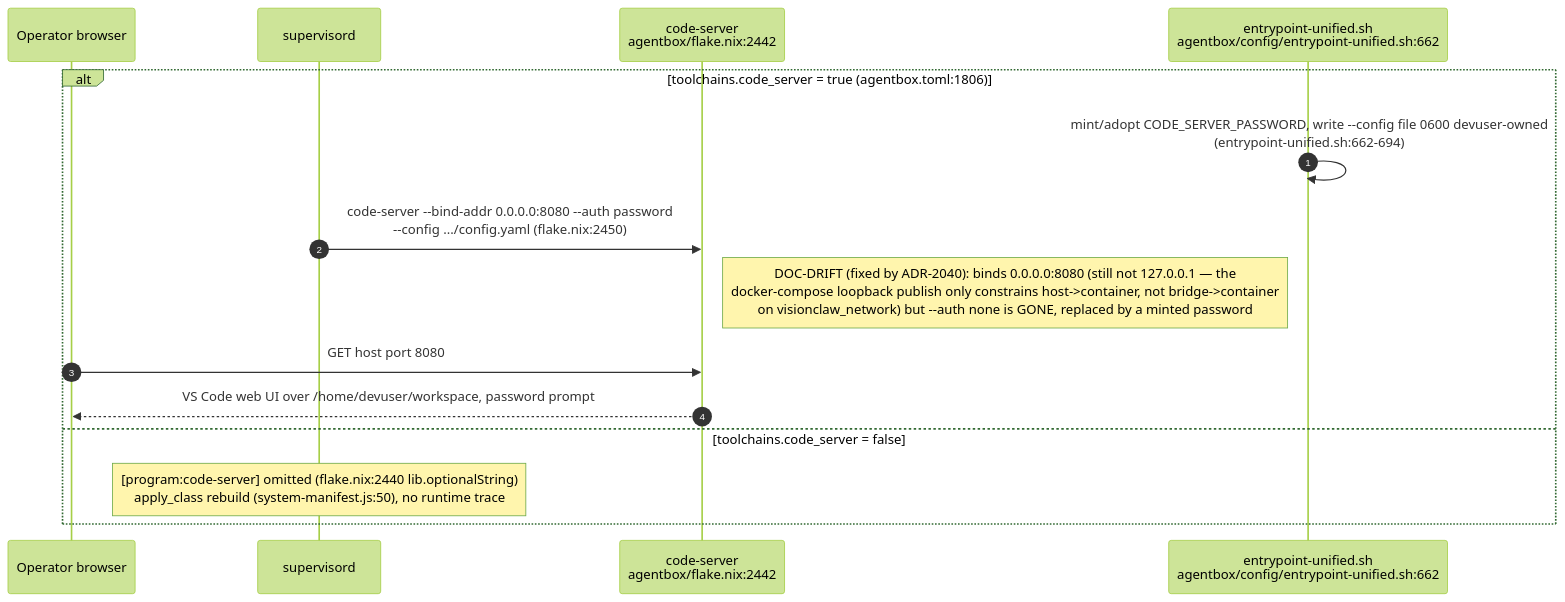
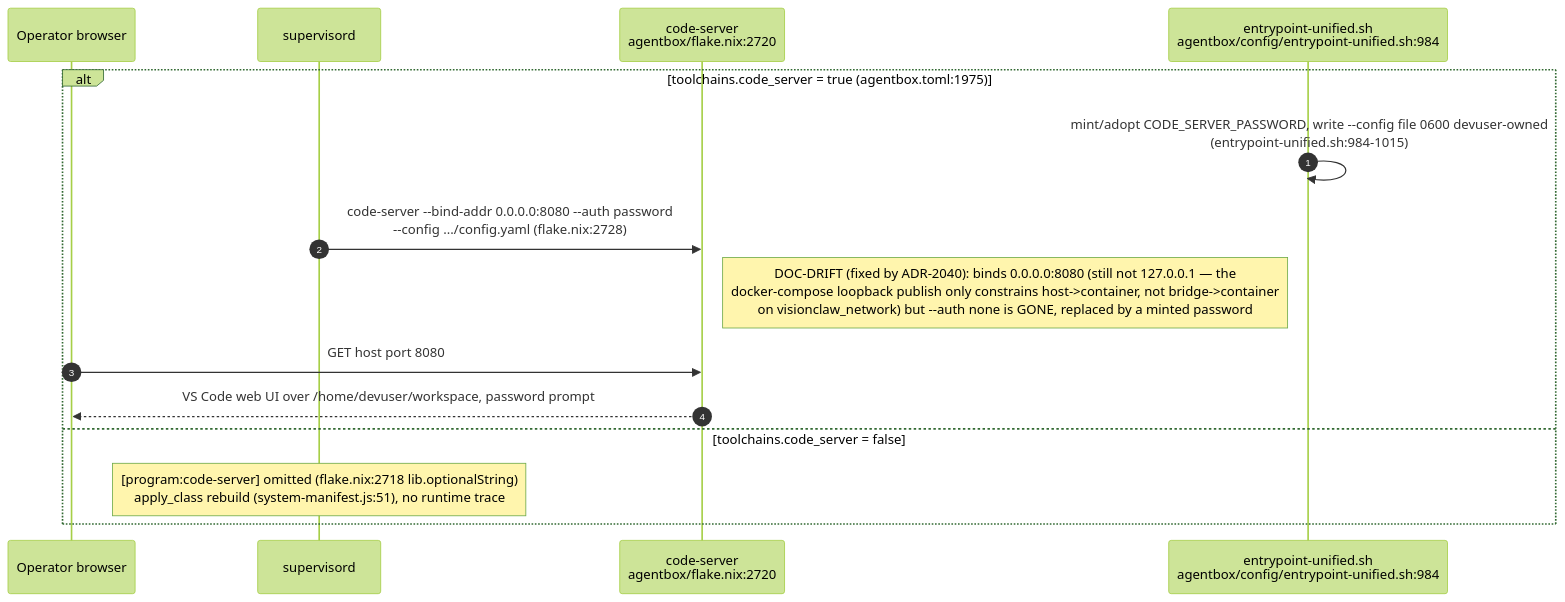
The sixth of 13 diagrams in docs/diagrams/agentbox/27-media-gpu-capability-services.md (DreamLab-AI/VisionFlow), drawn with Mermaid (forest theme) before and after one commit. The commit also changed other lines of this file and 111 other files, not shown here.

Commit message:
docs(diagrams): align estate maps with current source

````diff
--- a/docs/diagrams/agentbox/27-media-gpu-capability-services.md
+++ b/docs/diagrams/agentbox/27-media-gpu-capability-services.md
@@ -206,18 +206,18 @@
 ```mermaid
 sequenceDiagram
     autonumber
     participant Op as Operator browser
     participant Sup as supervisord
-    participant CS as code-server<br/>agentbox/flake.nix:2442
-    participant Entry as entrypoint-unified.sh<br/>agentbox/config/entrypoint-unified.sh:662
+    participant CS as code-server<br/>agentbox/flake.nix:2720
+    participant Entry as entrypoint-unified.sh<br/>agentbox/config/entrypoint-unified.sh:984
 
-    alt toolchains.code_server = true (agentbox.toml:1806)
-        Entry->>Entry: mint/adopt CODE_SERVER_PASSWORD, write --config file 0600 devuser-owned<br/>(entrypoint-unified.sh:662-694)
-        Sup->>CS: code-server --bind-addr 0.0.0.0:8080 --auth password<br/>--config .../config.yaml (flake.nix:2450)
+    alt toolchains.code_server = true (agentbox.toml:1975)
+        Entry->>Entry: mint/adopt CODE_SERVER_PASSWORD, write --config file 0600 devuser-owned<br/>(entrypoint-unified.sh:984-1015)
+        Sup->>CS: code-server --bind-addr 0.0.0.0:8080 --auth password<br/>--config .../config.yaml (flake.nix:2728)
         Note right of CS: DOC-DRIFT (fixed by ADR-2040): binds 0.0.0.0:8080 (still not 127.0.0.1 — the<br/>docker-compose loopback publish only constrains host->container, not bridge->container<br/>on visionclaw_network) but --auth none is GONE, replaced by a minted password
         Op->>CS: GET host port 8080
         CS-->>Op: VS Code web UI over /home/devuser/workspace, password prompt
     else toolchains.code_server = false
-        Note over Sup: [program:code-server] omitted (flake.nix:2440 lib.optionalString)<br/>apply_class rebuild (system-manifest.js:50), no runtime trace
+        Note over Sup: [program:code-server] omitted (flake.nix:2718 lib.optionalString)<br/>apply_class rebuild (system-manifest.js:51), no runtime trace
     end
 ```
````
